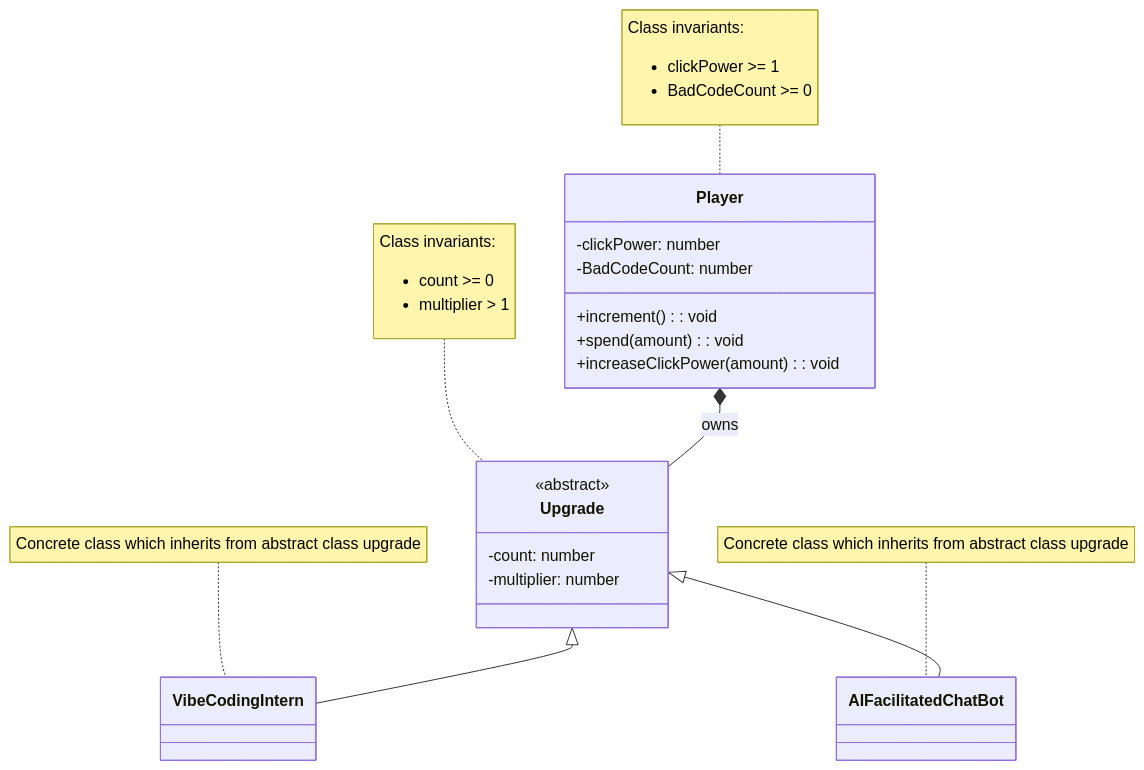
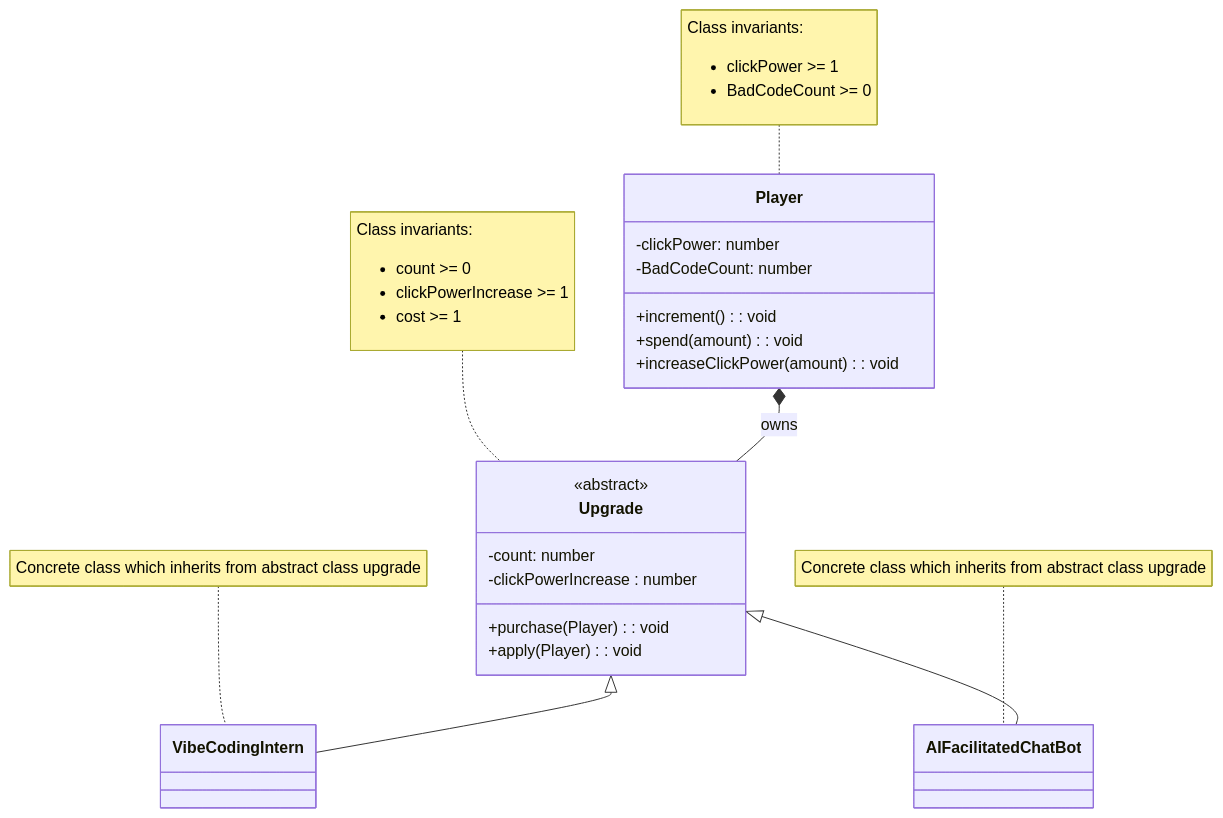
One commit to MoulikB/2452-project changed the diagram in domain.md. Above: the diagram before and after it, drawn with Mermaid. The commit also changed 16 other files, not shown here.

````diff
--- a/domain.md
+++ b/domain.md
@@ -11,41 +11,44 @@
 ```mermaid
 classDiagram
 
 class Player {
     -clickPower: number
     -BadCodeCount: number
     +increment() : void
     +spend(amount): void
     +increaseClickPower(amount): void
 }
 
 note for Player "Class invariants:
 <ul>
 <li>clickPower >= 1</li>
 <li>BadCodeCount >= 0</li>
 </ul>"
 
 class Upgrade {
     <<abstract>>
     -count: number
-    -multiplier: number
-}
+    -clickPowerIncrease : number
+    +purchase(Player) : void
+    +apply(Player) : void
+ }
 
 note for Upgrade "Class invariants:
 <ul>
 <li>count >= 0</li>
-<li>multiplier > 1</li>
+<li>clickPowerIncrease >= 1</li>
+<li>cost >= 1</li>
 </ul>"
 
 class VibeCodingIntern
 
 class AIFacilitatedChatBot
 
 note for VibeCodingIntern "Concrete class which inherits from abstract class upgrade"
 
 note for AIFacilitatedChatBot "Concrete class which inherits from abstract class upgrade"
 Upgrade <|-- VibeCodingIntern
 Upgrade <|-- AIFacilitatedChatBot
 
 Player *-- Upgrade : owns
 ```
````
